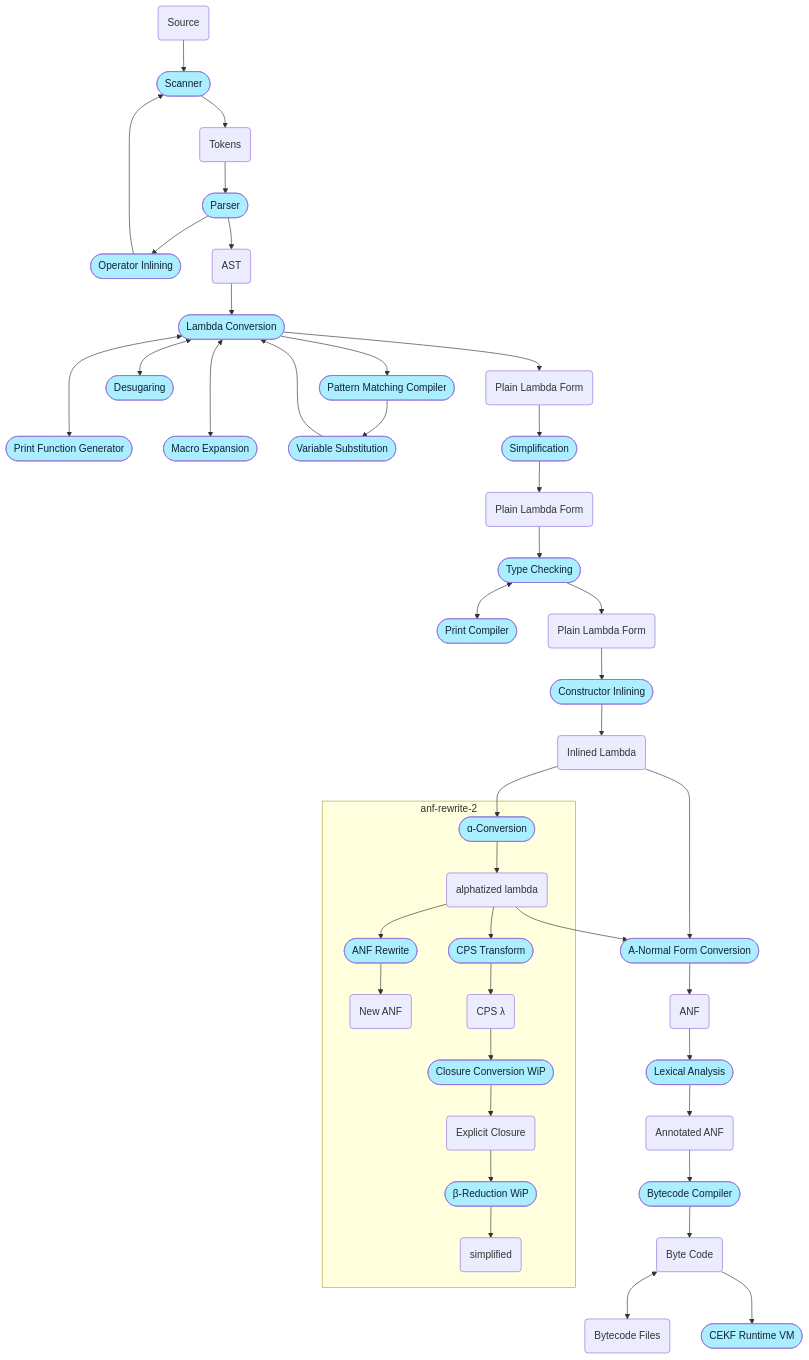
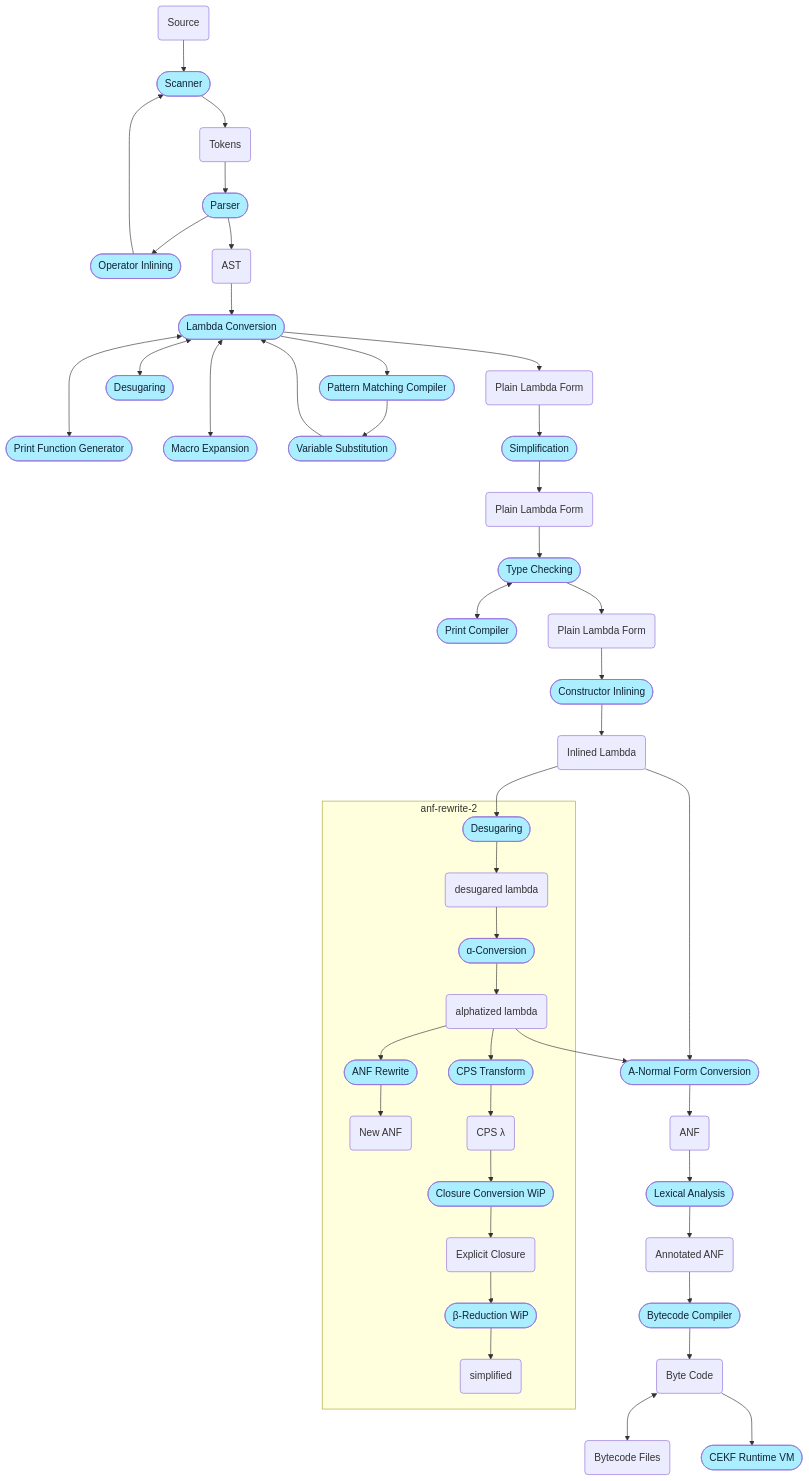
One commit to billhails/CEKF changed the diagram in README.md. Above: the diagram before and after it, drawn with Mermaid. The commit also changed other lines of this file and 5 other files, not shown here.

````diff
--- a/README.md
+++ b/README.md
@@ -75,48 +75,50 @@
 ```mermaid
 flowchart TD
 classDef process fill:#aef,color:#123;
 source(Source) -->
 scanner([Scanner]):::process -->
 tokens(Tokens) -->
 parser([Parser]):::process
 parser --> oi([Operator Inlining]):::process
 oi --> scanner
 parser --> ast(AST) -->
 lc([Lambda Conversion]):::process --> tpmc([Pattern Matching Compiler]):::process
 lc <---> pg([Print Function Generator]):::process
 lc <---> me([Macro Expansion]):::process
 tpmc --> vs([Variable Substitution]):::process
 vs --> lc
 lc <--> des([Desugaring]):::process
 lc --> lambda0(Plain Lambda Form)
 lambda0 --> sim([Simplification]):::process
 sim --> lambda1(Plain Lambda Form)
 lambda1 --> tc([Type Checking]):::process
 tc <--> pc([Print Compiler]):::process
 tc --> lambda2(Plain Lambda Form)
 lambda2 --> ci([Constructor Inlining]):::process
 ci --> lambda3(Inlined Lambda)
 subgraph anf-rewrite-2
-   alpha(["ɑ-Conversion"]):::process
+   desugaring(["Desugaring"]):::process
+   desugaring --> lambda_ds(desugared lambda)
+   lambda_ds --> alpha(["ɑ-Conversion"]):::process
    alpha --> lambda_a(alphatized lambda)
    lambda_a --> anfr([ANF Rewrite]):::process
    anfr --> lambda_b(New ANF)
 
    lambda_a --> cps([CPS Transform]):::process
    cps --> lambda_e("CPS λ")
    lambda_e --> cloc([Closure Conversion WiP]):::process
    cloc --> lambda_c(Explicit Closure)
    lambda_c --> betar(["β-Reduction WiP"]):::process
    betar --> lambda_d(simplified)
 end
-lambda3 --> alpha
+lambda3 --> desugaring
 lambda3 --> anfc
 lambda_a --> anfc([A-Normal Form Conversion]):::process
 anfc --> anf(ANF)
 anf --> lexa([Lexical Analysis]):::process
 lexa --> ann(Annotated ANF)
 ann --> bcc([Bytecode Compiler]):::process
 bcc --> bc(Byte Code)
 bc <--> bcf(Bytecode Files)
 bc --> cekf([CEKF Runtime VM]):::process
 ```
````
